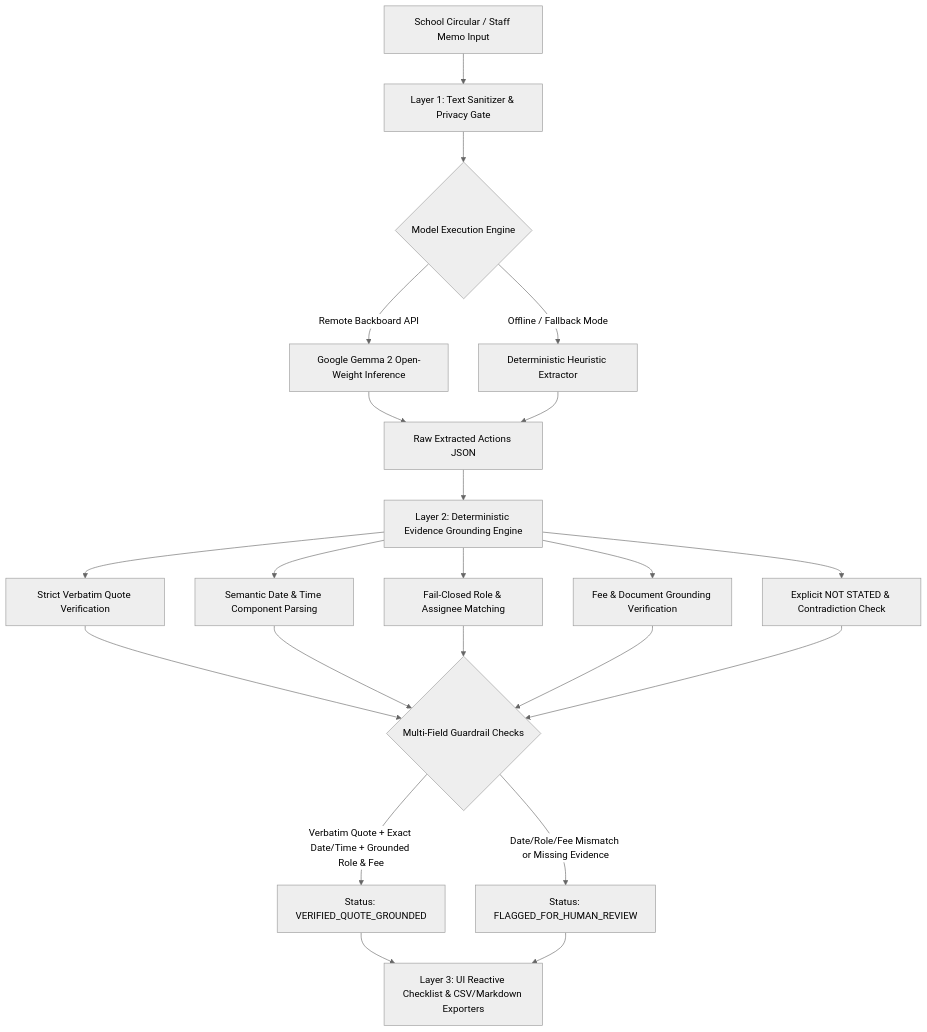
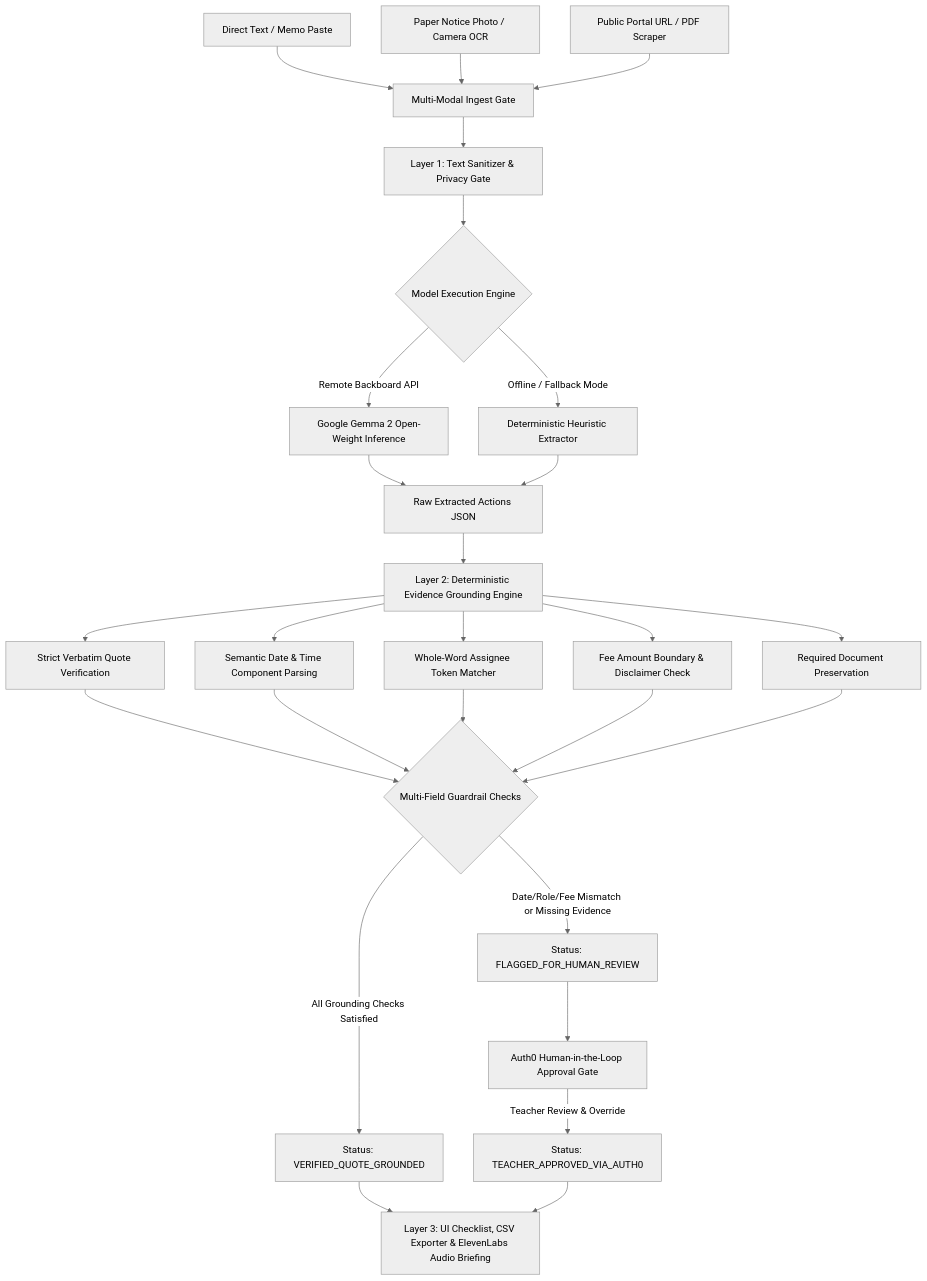
One commit to diusazzad/notice2next changed the diagram in DEV_ARTICLE_SUBMISSION.md. Above: the diagram before and after it, drawn with Mermaid (neutral theme). The commit also changed other lines of this file and 10 other files, not shown here.

Commit message:
feat: add multi-modal photo OCR, Browserbase URL ingest, Auth0 governance, ElevenLabs audio, and GitHub Actions CI (38 tests pass)

````diff
--- a/DEV_ARTICLE_SUBMISSION.md
+++ b/DEV_ARTICLE_SUBMISSION.md
@@ -54,19 +66,24 @@
 ```mermaid
 flowchart TD
-    A[School Circular / Staff Memo Input] --> B[Layer 1: Text Sanitizer & Privacy Gate]
-    B --> C{Model Execution Engine}
-    C -->|Remote Backboard API| D[Google Gemma 2 Open-Weight Inference]
-    C -->|Offline / Fallback Mode| E[Deterministic Heuristic Extractor]
-    D --> F[Raw Extracted Actions JSON]
-    E --> F
-    F --> G[Layer 2: Deterministic Evidence Grounding Engine]
-    G --> H[Strict Verbatim Quote Verification]
-    G --> I[Semantic Date & Time Component Parsing]
-    G --> J[Fail-Closed Role & Assignee Matching]
-    G --> K[Fee & Document Grounding Verification]
-    G --> L[Explicit NOT STATED & Contradiction Check]
-    H & I & J & K & L --> M{Multi-Field Guardrail Checks}
-    M -->|Verbatim Quote + Exact Date/Time + Grounded Role & Fee| N[Status: VERIFIED_QUOTE_GROUNDED]
-    M -->|Date/Role/Fee Mismatch or Missing Evidence| O[Status: FLAGGED_FOR_HUMAN_REVIEW]
-    N & O --> P[Layer 3: UI Reactive Checklist & CSV/Markdown Exporters]
+    A1[Direct Text / Memo Paste] --> B[Multi-Modal Ingest Gate]
+    A2[Paper Notice Photo / Camera OCR] --> B
+    A3[Public Portal URL / PDF Scraper] --> B
+    B --> C[Layer 1: Text Sanitizer & Privacy Gate]
+    C --> D{Model Execution Engine}
+    D -->|Remote Backboard API| E[Google Gemma 2 Open-Weight Inference]
+    D -->|Offline / Fallback Mode| F[Deterministic Heuristic Extractor]
+    E --> G[Raw Extracted Actions JSON]
+    F --> G
+    G --> H[Layer 2: Deterministic Evidence Grounding Engine]
+    H --> I[Strict Verbatim Quote Verification]
+    H --> J[Semantic Date & Time Component Parsing]
+    H --> K[Whole-Word Assignee Token Matcher]
+    H --> L[Fee Amount Boundary & Disclaimer Check]
+    H --> M[Required Document Preservation]
+    I & J & K & L & M --> N{Multi-Field Guardrail Checks}
+    N -->|All Grounding Checks Satisfied| O[Status: VERIFIED_QUOTE_GROUNDED]
+    N -->|Date/Role/Fee Mismatch or Missing Evidence| P[Status: FLAGGED_FOR_HUMAN_REVIEW]
+    P --> Q[Auth0 Human-in-the-Loop Approval Gate]
+    Q -->|Teacher Review & Override| R[Status: TEACHER_APPROVED_VIA_AUTH0]
+    O & R --> S[Layer 3: UI Checklist, CSV Exporter & ElevenLabs Audio Briefing]
 ```
````
